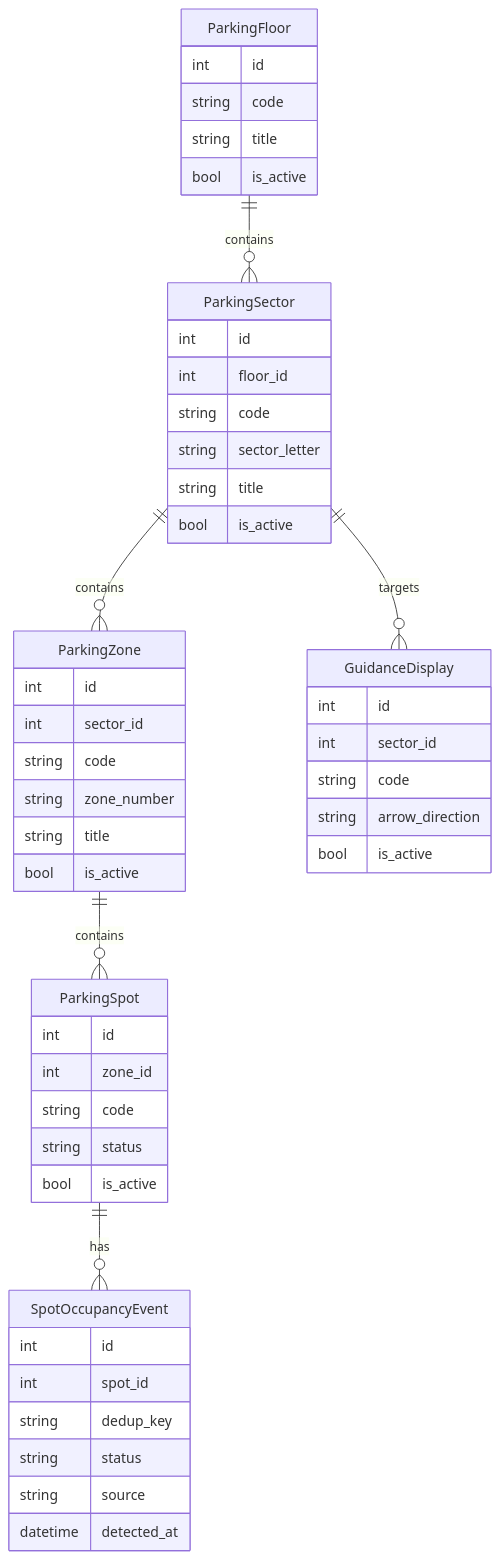
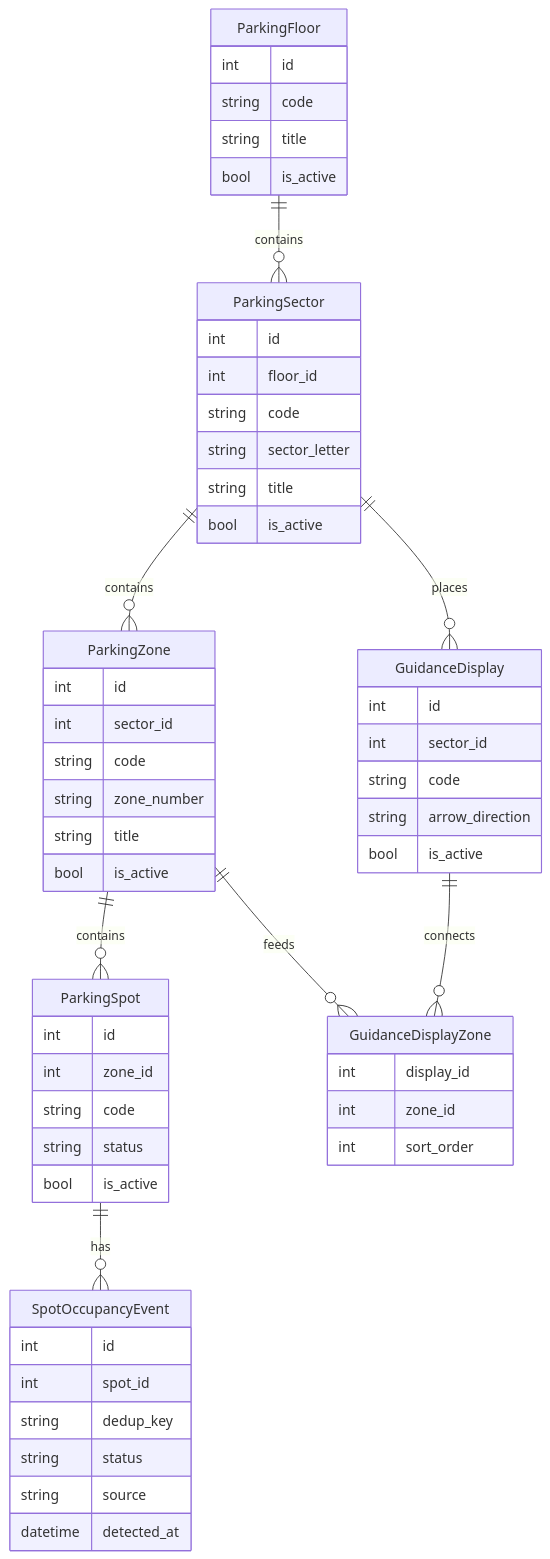
The third of 5 diagrams in README.md (marlenovtilek/pgs), drawn with Mermaid before and after one commit. The commit also changed other lines of this file and 26 other files, not shown here.

````diff
--- a/README.md
+++ b/README.md
@@ -82,58 +85,66 @@
 ```mermaid
 erDiagram
     ParkingFloor ||--o{ ParkingSector : contains
     ParkingSector ||--o{ ParkingZone : contains
     ParkingZone ||--o{ ParkingSpot : contains
-    ParkingSector ||--o{ GuidanceDisplay : targets
+    ParkingSector ||--o{ GuidanceDisplay : places
+    GuidanceDisplay ||--o{ GuidanceDisplayZone : connects
+    ParkingZone ||--o{ GuidanceDisplayZone : feeds
     ParkingSpot ||--o{ SpotOccupancyEvent : has
 
     ParkingFloor {
         int id
         string code
         string title
         bool is_active
     }
 
     ParkingSector {
         int id
         int floor_id
         string code
         string sector_letter
         string title
         bool is_active
     }
 
     ParkingZone {
         int id
         int sector_id
         string code
         string zone_number
         string title
         bool is_active
     }
 
     ParkingSpot {
         int id
         int zone_id
         string code
         string status
         bool is_active
     }
 
     GuidanceDisplay {
         int id
         int sector_id
         string code
         string arrow_direction
         bool is_active
     }
 
+    GuidanceDisplayZone {
+        int display_id
+        int zone_id
+        int sort_order
+    }
+
     SpotOccupancyEvent {
         int id
         int spot_id
         string dedup_key
         string status
         string source
         datetime detected_at
     }
 ```
````
